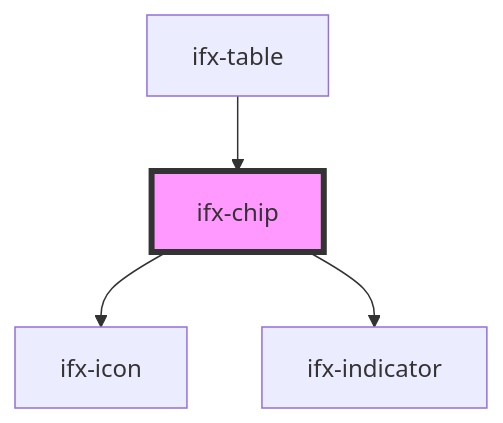
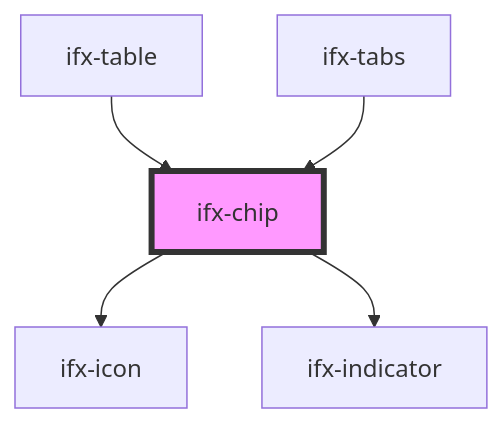
One commit to Infineon/infineon-design-system-stencil changed the diagram in packages/components/src/components/chip/readme.md. Above: the diagram before and after it, drawn with Mermaid. The commit also changed other lines of this file and 23 other files, not shown here.

````diff
--- a/packages/components/src/components/chip/readme.md
+++ b/packages/components/src/components/chip/readme.md
@@ -42,7 +43,8 @@
 ```mermaid
 graph TD;
   ifx-chip --> ifx-icon
   ifx-chip --> ifx-indicator
   ifx-table --> ifx-chip
+  ifx-tabs --> ifx-chip
   style ifx-chip fill:#f9f,stroke:#333,stroke-width:4px
 ```
````
